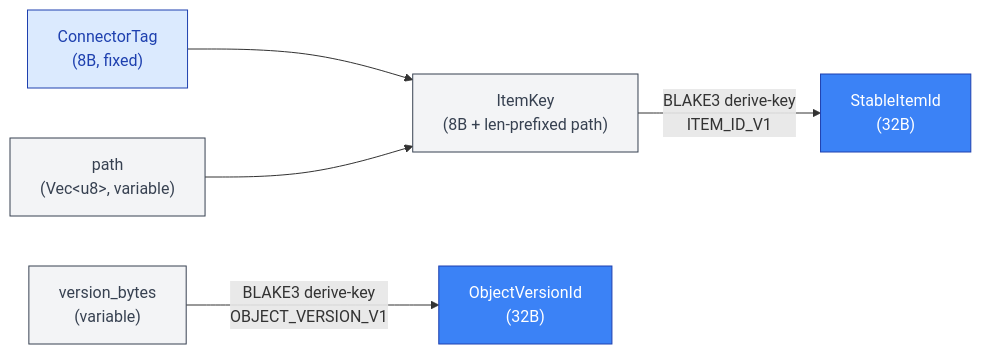
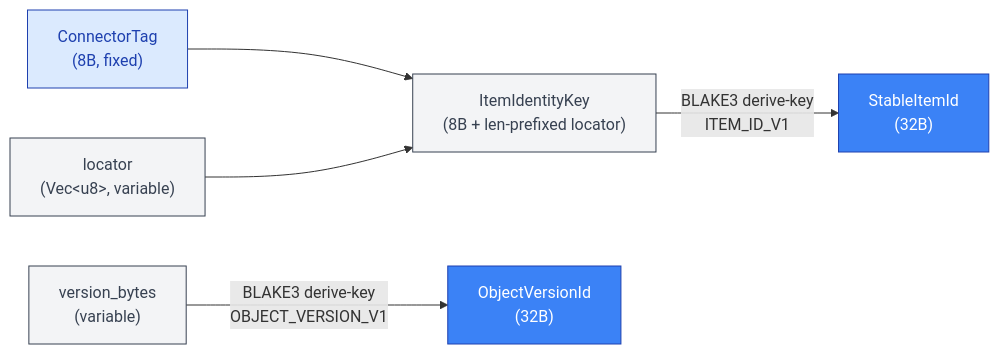
One commit to ahrav/Gossip-rs changed the second of 6 diagrams in diagrams/03-id-derivation-dag.md. Above: the diagram before and after it, drawn with Mermaid. The commit also changed other lines of this file and 11 other files, not shown here.

First line of the commit message:
Rename `ItemKey` to `ItemIdentityKey` throughout codebase

````diff
--- a/diagrams/03-id-derivation-dag.md
+++ b/diagrams/03-id-derivation-dag.md
@@ -136,24 +136,24 @@
 ```mermaid
 %% Diagram: item-identity-chain
 graph LR
     ConnectorTag["ConnectorTag<br/>(8B, fixed)"]
-    path["path<br/>(Vec&lt;u8&gt;, variable)"]
-    ItemKey["ItemKey<br/>(8B + len-prefixed path)"]
+    locator["locator<br/>(Vec&lt;u8&gt;, variable)"]
+    ItemIdentityKey["ItemIdentityKey<br/>(8B + len-prefixed locator)"]
     StableItemId["StableItemId<br/>(32B)"]
 
-    ConnectorTag --> ItemKey
-    path --> ItemKey
-    ItemKey -->|"BLAKE3 derive-key<br/>ITEM_ID_V1"| StableItemId
+    ConnectorTag --> ItemIdentityKey
+    locator --> ItemIdentityKey
+    ItemIdentityKey -->|"BLAKE3 derive-key<br/>ITEM_ID_V1"| StableItemId
 
     version_bytes["version_bytes<br/>(variable)"]
     ObjectVersionId["ObjectVersionId<br/>(32B)"]
 
     version_bytes -->|"BLAKE3 derive-key<br/>OBJECT_VERSION_V1"| ObjectVersionId
 
     style ConnectorTag fill:#DBEAFE,stroke:#1E40AF,color:#1E40AF
-    style path fill:#F3F4F6,stroke:#374151,color:#374151
+    style locator fill:#F3F4F6,stroke:#374151,color:#374151
     style version_bytes fill:#F3F4F6,stroke:#374151,color:#374151
-    style ItemKey fill:#F3F4F6,stroke:#374151,color:#374151
+    style ItemIdentityKey fill:#F3F4F6,stroke:#374151,color:#374151
     style StableItemId fill:#3B82F6,stroke:#1E40AF,color:#FFFFFF
     style ObjectVersionId fill:#3B82F6,stroke:#1E40AF,color:#FFFFFF
 ```
````
